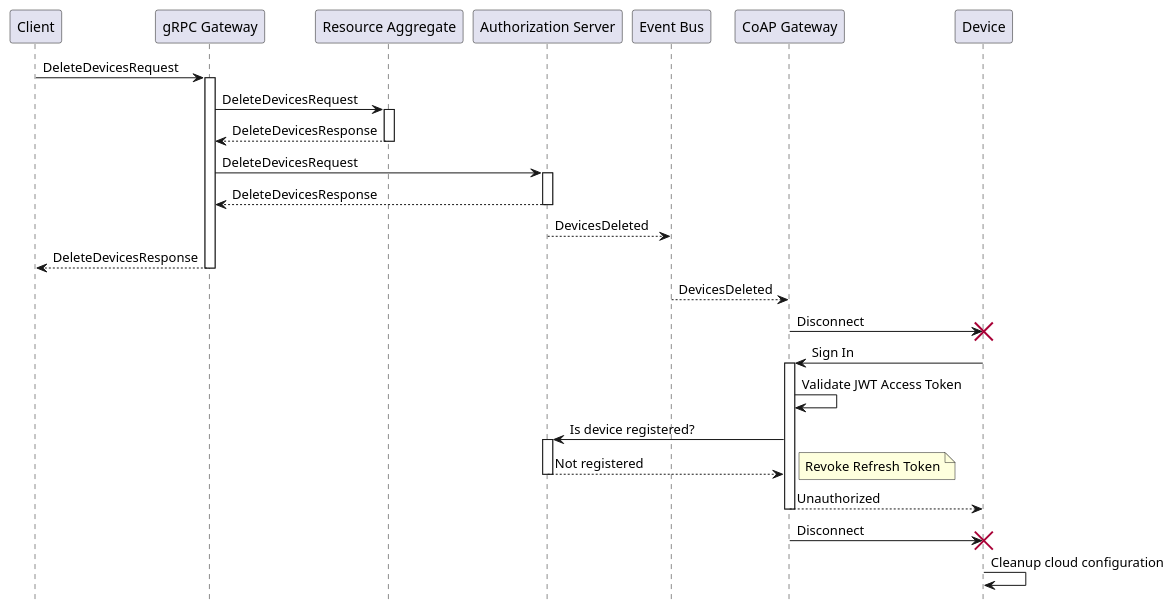
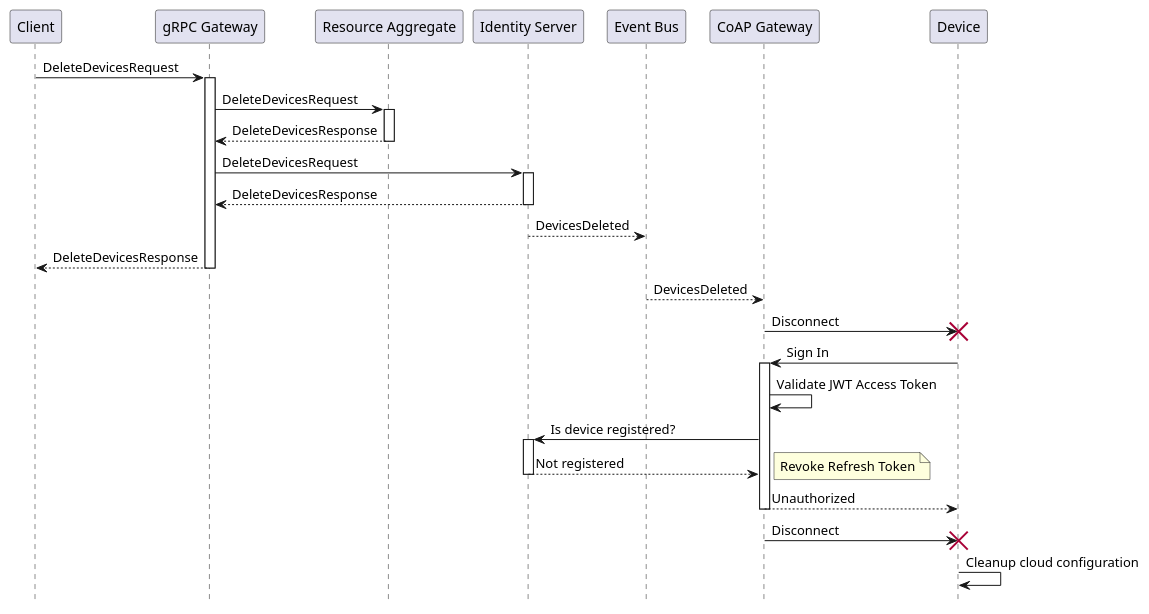
Before and after one commit to plgd-dev/doc: the sixth of 7 diagrams in content/en/architecture/component-overview.md, drawn with PlantUML. The commit also changed other lines of this file and 5 other files, not shown here.

```diff
--- a/content/en/architecture/component-overview.md
+++ b/content/en/architecture/component-overview.md
@@ -243,38 +243,38 @@
 {{< plantuml id="device-delete" >}}
 @startuml
 skinparam backgroundColor transparent
 hide footbox
 
 participant C as "Client"
 participant GGW as "gRPC Gateway"
 participant RA as "Resource Aggregate"
-participant AS as "Authorization Server"
+participant IS as "Identity Server"
 participant EB as "Event Bus"
 participant CGW as "CoAP Gateway"
 participant D as "Device"
 
 C -> GGW ++: DeleteDevicesRequest
 GGW -> RA ++: DeleteDevicesRequest
 return DeleteDevicesResponse
-GGW -> AS ++: DeleteDevicesRequest
+GGW -> IS ++: DeleteDevicesRequest
 return DeleteDevicesResponse
-AS --> EB: DevicesDeleted
+IS --> EB: DevicesDeleted
 return DeleteDevicesResponse
 EB --> CGW: DevicesDeleted
 CGW -> D: Disconnect
 destroy D
 
 D -> CGW ++: Sign In
 CGW -> CGW: Validate JWT Access Token
-CGW -> AS ++: Is device registered?
+CGW -> IS ++: Is device registered?
 return Not registered
 note right
   Revoke Refresh Token
 end note
 return Unauthorized
 CGW -> D: Disconnect
 destroy D
 
 D -> D: Cleanup cloud configuration
 @enduml
 {{< /plantuml >}}
```
